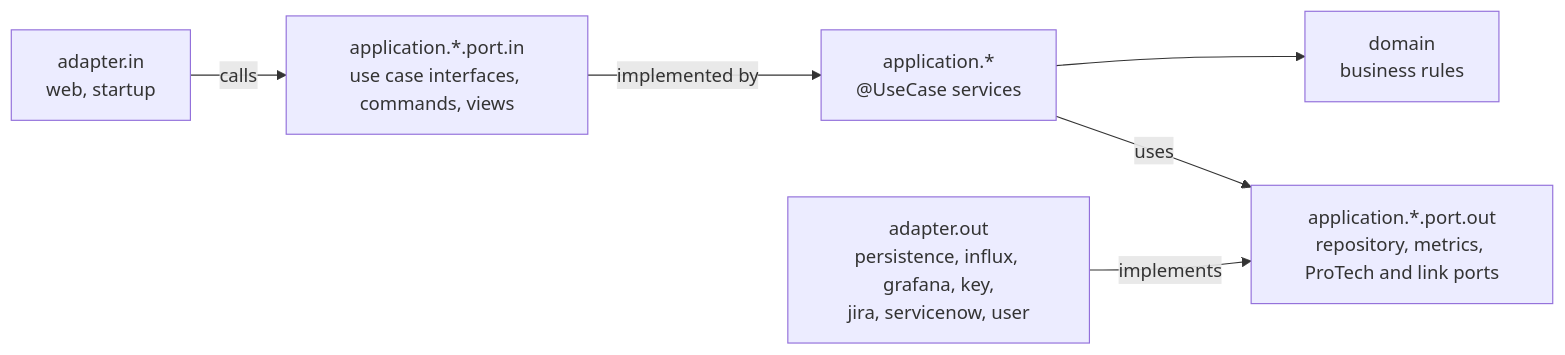
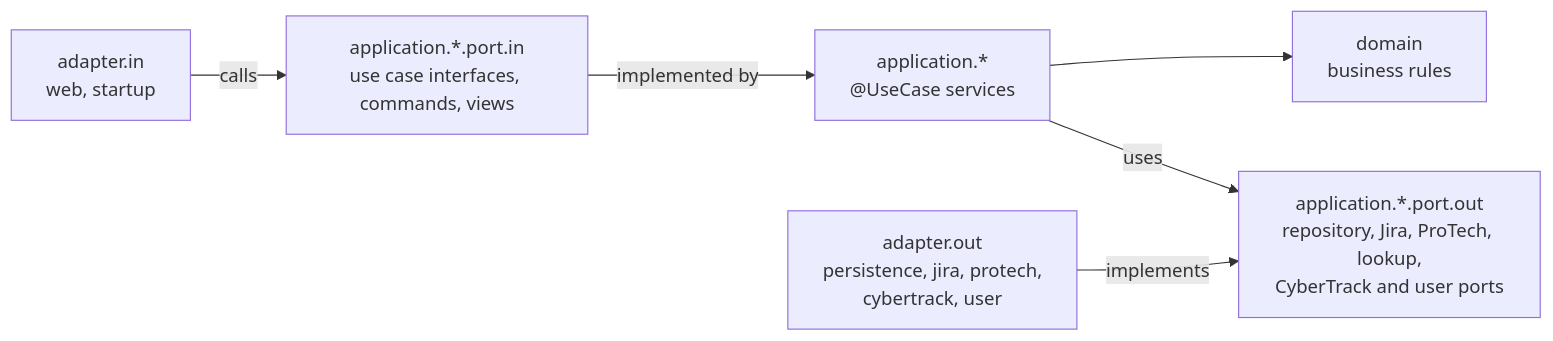
Before and after one commit to mateuszmatan/Beadle-GUI: the second of 3 diagrams in README.md, drawn with Mermaid. The commit also changed other lines of this file and 3 other files, not shown here.

````diff
--- a/README.md
+++ b/README.md
@@ -890,14 +663,14 @@
 ```mermaid
 flowchart LR
     ain["adapter.in<br/>web, startup"]
     pin["application.*.port.in<br/>use case interfaces, commands, views"]
     usecases["application.*<br/>@UseCase services"]
     domain["domain<br/>business rules"]
-    pout["application.*.port.out<br/>repository, metrics, ProTech and link ports"]
-    aout["adapter.out<br/>persistence, influx, grafana, key,<br/>jira, servicenow, user"]
+    pout["application.*.port.out<br/>repository, Jira, ProTech, lookup,<br/>CyberTrack and user ports"]
+    aout["adapter.out<br/>persistence, jira, protech,<br/>cybertrack, user"]
     ain -- "calls" --> pin
     pin -- "implemented by" --> usecases
     usecases --> domain
     usecases -- "uses" --> pout
     aout -- "implements" --> pout
 ```
````
